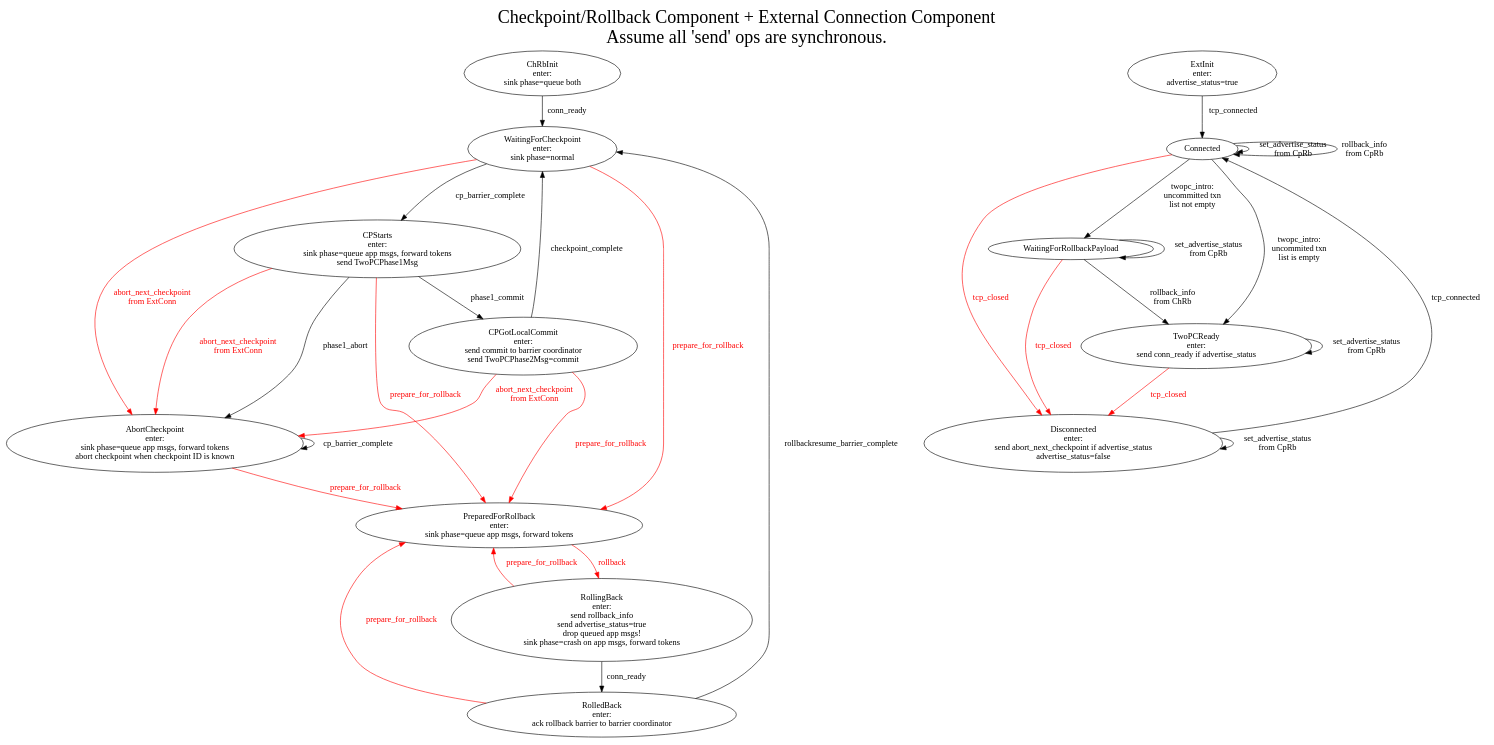
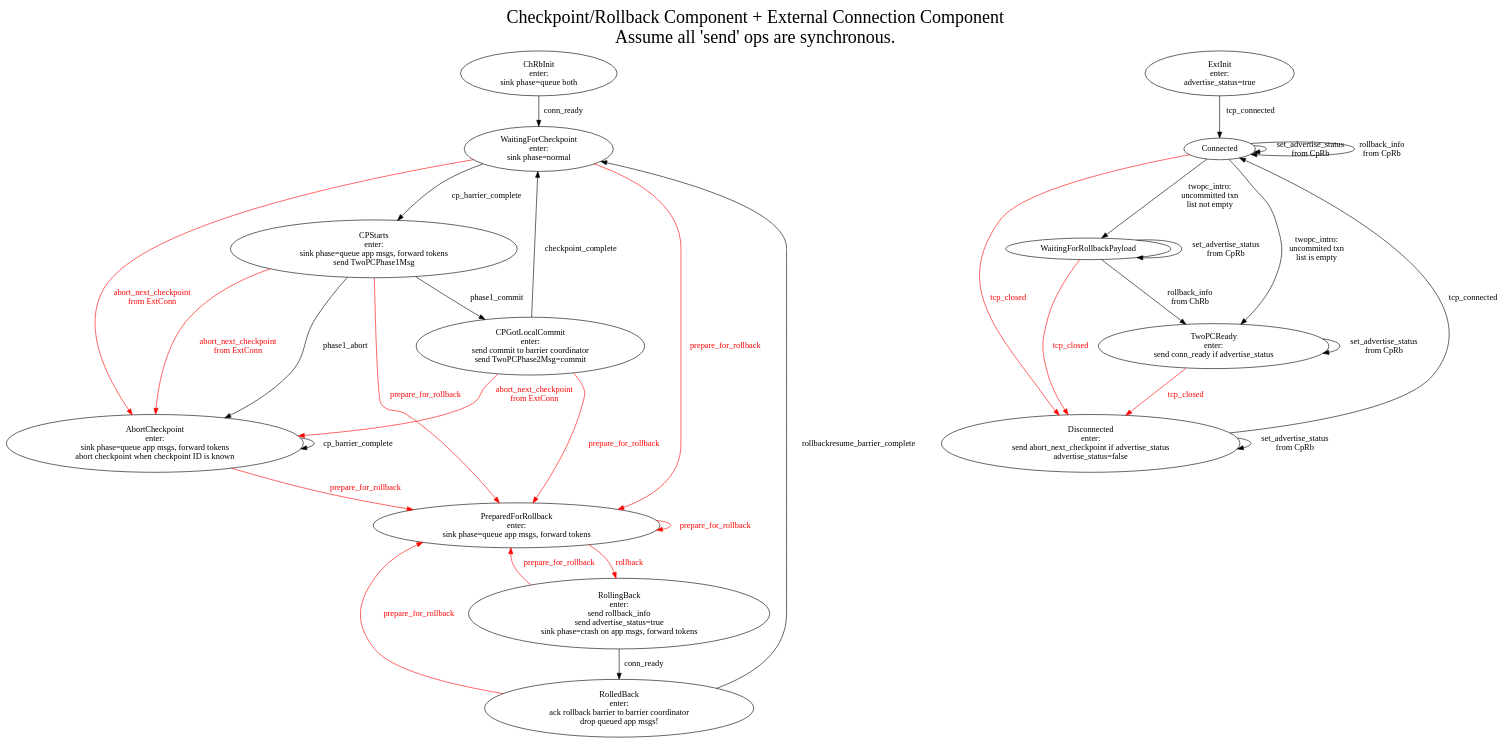
Before and after one commit to WallarooLabs/wally: the diagram in lib/wallaroo/core/sink/connector_sink/connector-sink-2pc-management.dot, drawn with Graphviz. The commit also changed 2 other files, not shown here.

```diff
--- a/lib/wallaroo/core/sink/connector_sink/connector-sink-2pc-management.dot
+++ b/lib/wallaroo/core/sink/connector_sink/connector-sink-2pc-management.dot
@@ -1,82 +1,83 @@
 digraph mashup {
     graph [label="Checkpoint/Rollback Component + External Connection Component\nAssume all 'send' ops are synchronous.",labelloc=t,fontsize=30];
 
     ## BEGIN LEFT
     subgraph checkpoint_rollback_component {
 	graph [label="SUB Checkpoint/Rollback Component",labelloc=t,fontsize=20];
 
 	// Subgraphs
 	subgraph init {
             ChRbInit [label="ChRbInit\nenter:\nsink phase=queue both"];
 	}
 	subgraph cp {
             WaitingForCheckpoint [label="WaitingForCheckpoint\nenter:\nsink phase=normal"];
             AbortCheckpoint [label="AbortCheckpoint\nenter:\nsink phase=queue app msgs, forward tokens\nabort checkpoint when checkpoint ID is known"];
 	}
 	subgraph sacp {
             CPStarts [label="CPStarts\nenter:\nsink phase=queue app msgs, forward tokens\nsend TwoPCPhase1Msg"];
             CPGotLocalCommit [label="CPGotLocalCommit\nenter:\nsend commit to barrier coordinator\nsend TwoPCPhase2Msg=commit"];
             // CPGotGlobalVote; // Can we remove this node?
 
             CPStarts -> CPGotLocalCommit [label="phase1_commit"];
             CPStarts -> AbortCheckpoint [label="phase1_abort"];
             CPGotLocalCommit -> WaitingForCheckpoint [label="checkpoint_complete"];
 	}
 	subgraph rollback {
             PreparedForRollback [label="PreparedForRollback\nenter:\nsink phase=queue app msgs, forward tokens"];
-            RollingBack [label="RollingBack\nenter:\nsend rollback_info\nsend advertise_status=true\ndrop queued app msgs!\nsink phase=crash on app msgs, forward tokens"];
-            RolledBack [label="RolledBack\nenter:\nack rollback barrier to barrier coordinator"];
+            RollingBack [label="RollingBack\nenter:\nsend rollback_info\nsend advertise_status=true\nsink phase=crash on app msgs, forward tokens"];
+            RolledBack [label="RolledBack\nenter:\nack rollback barrier to barrier coordinator\ndrop queued app msgs!"];
 
+            PreparedForRollback -> PreparedForRollback [label="prepare_for_rollback",fontcolor=red,color=red];
             PreparedForRollback -> RollingBack [label="rollback",fontcolor=red,color=red];
 	}
 
 	// Other Edges
 	ChRbInit -> WaitingForCheckpoint [label="conn_ready"];
 
 	WaitingForCheckpoint -> CPStarts [label="cp_barrier_complete"];
 	AbortCheckpoint -> AbortCheckpoint [label="cp_barrier_complete"];
 
 	WaitingForCheckpoint -> PreparedForRollback [label="prepare_for_rollback",fontcolor=red,color=red];
 	AbortCheckpoint -> PreparedForRollback [label="prepare_for_rollback",fontcolor=red,color=red];
 	CPStarts -> PreparedForRollback [label="prepare_for_rollback",fontcolor=red,color=red];
 	CPGotLocalCommit -> PreparedForRollback [label="prepare_for_rollback",fontcolor=red,color=red];
 
 	WaitingForCheckpoint -> AbortCheckpoint [label="abort_next_checkpoint\nfrom ExtConn",fontcolor=red,color=red];
 	CPStarts -> AbortCheckpoint [label="abort_next_checkpoint\nfrom ExtConn",fontcolor=red,color=red];
 	CPGotLocalCommit -> AbortCheckpoint [label="abort_next_checkpoint\nfrom ExtConn",fontcolor=red,color=red];
 
 	RollingBack -> RolledBack [label="conn_ready"];
 	RollingBack -> PreparedForRollback [label="prepare_for_rollback",fontcolor=red,color=red];
 
 	RolledBack -> WaitingForCheckpoint [label="rollbackresume_barrier_complete"];
 	RolledBack -> PreparedForRollback [label="prepare_for_rollback",fontcolor=red,color=red];
     }
     ## END LEFT
 
     ## BEGIN RIGHT
     subgraph external_connection_component {
         graph [label="External Connection Component",labelloc=t,fontsize=30];
 
         ExtInit [label="ExtInit\nenter:\nadvertise_status=true"];
         ExtInit -> Connected [label="tcp_connected"];
         Connected -> Disconnected [label="tcp_closed",fontcolor=red,color=red];
         Connected -> Connected [label="set_advertise_status\nfrom CpRb"];
         Connected -> Connected [label="rollback_info\nfrom CpRb"];
         Disconnected [label="Disconnected\nenter:\nsend abort_next_checkpoint if advertise_status\nadvertise_status=false"];
         Disconnected -> Connected [label="tcp_connected"];
         Disconnected -> Disconnected [label="set_advertise_status\nfrom CpRb"];
         Connected -> WaitingForRollbackPayload [label="twopc_intro:\nuncommitted txn\nlist not empty"];
         Connected -> TwoPCReady [label="twopc_intro:\nuncommited txn\nlist is empty"];
         WaitingForRollbackPayload -> TwoPCReady [label="rollback_info\nfrom ChRb"];
         WaitingForRollbackPayload -> WaitingForRollbackPayload [label="set_advertise_status\nfrom CpRb"];
         WaitingForRollbackPayload -> Disconnected [label="tcp_closed",fontcolor=red,color=red];
 
         TwoPCReady [label="TwoPCReady\nenter:\nsend conn_ready if advertise_status"]
         TwoPCReady -> Disconnected [label="tcp_closed",fontcolor=red,color=red];
         TwoPCReady -> TwoPCReady [label="set_advertise_status\nfrom CpRb"]
     }
     # END RIGHT
 
     {rank=same; ChRbInit; ExtInit; };
     ## {rank=same; Disconnected; RollingBack; ; };
 }
```
